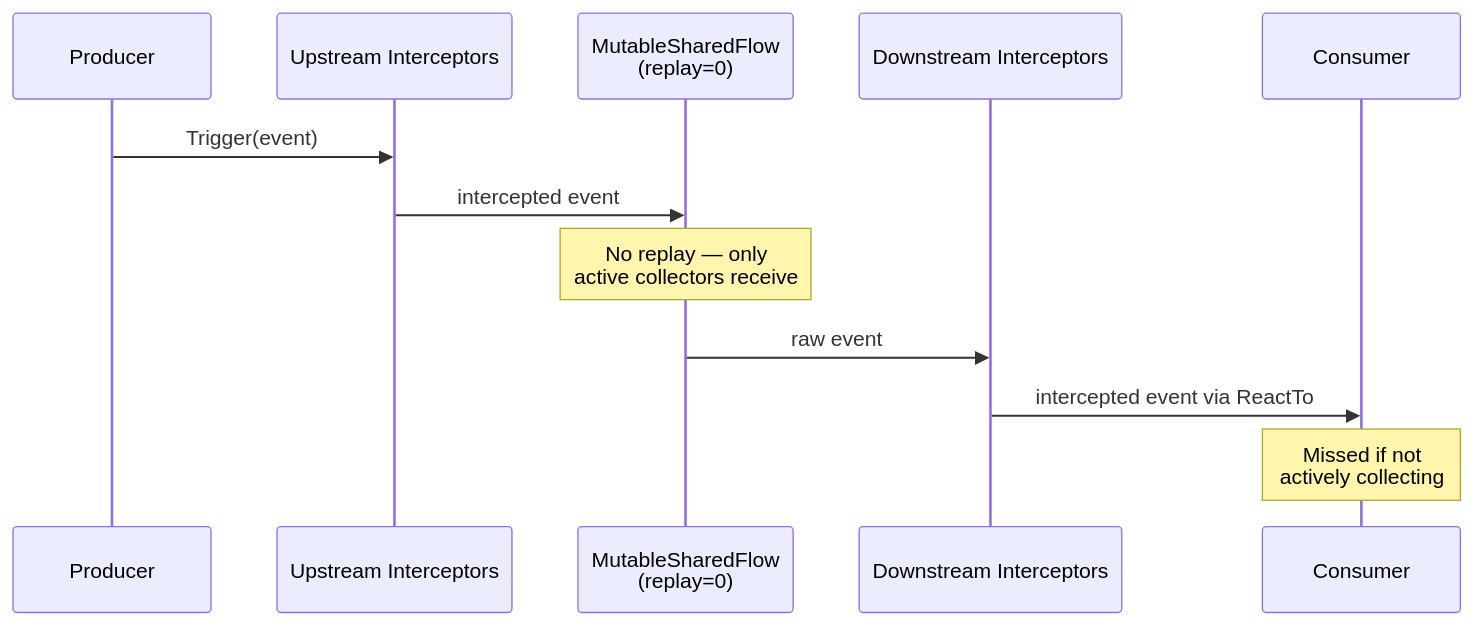
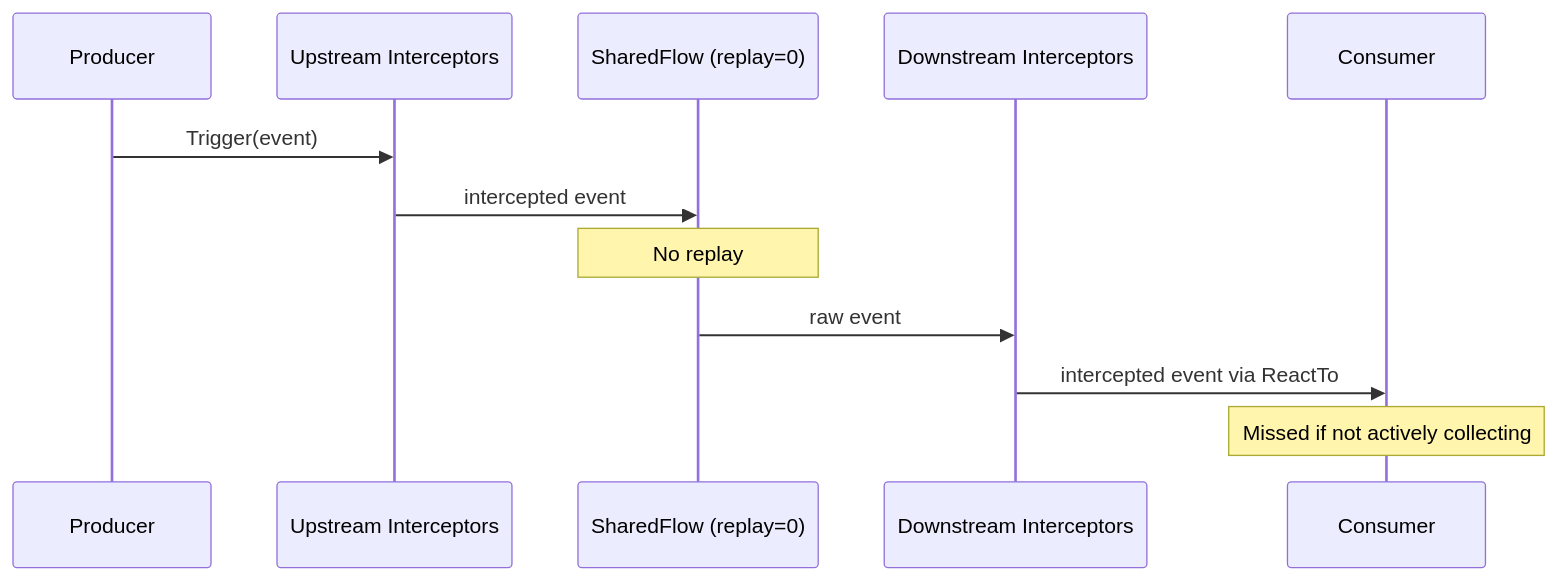
Before and after one commit to coreywaldon/synapse: the fourth of 7 diagrams in arch/README.md, drawn with Mermaid. The commit also changed other lines of this file and 7 other files, not shown here.

````diff
--- a/arch/README.md
+++ b/arch/README.md
@@ -1036,15 +1049,15 @@
 ```mermaid
 sequenceDiagram
     participant P as Producer
     participant UP as Upstream Interceptors
-    participant RF as MutableSharedFlow<br/>(replay=0)
+    participant RF as SharedFlow (replay=0)
     participant DN as Downstream Interceptors
     participant C as Consumer
 
     P->>UP: Trigger(event)
     UP->>RF: intercepted event
-    Note over RF: No replay — only<br/>active collectors receive
+    Note over RF: No replay
     RF->>DN: raw event
     DN->>C: intercepted event via ReactTo
-    Note over C: Missed if not<br/>actively collecting
+    Note over C: Missed if not actively collecting
 ```
````
